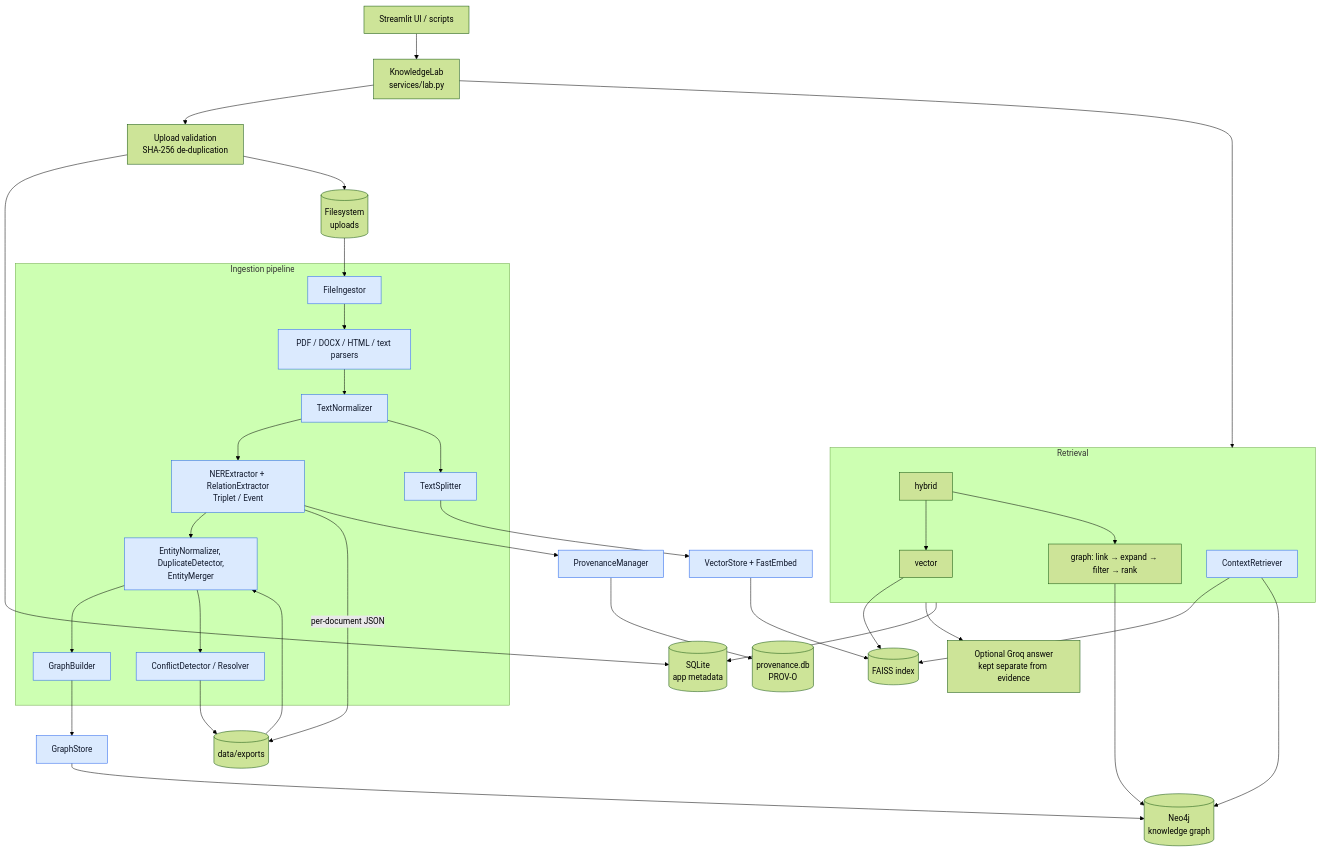
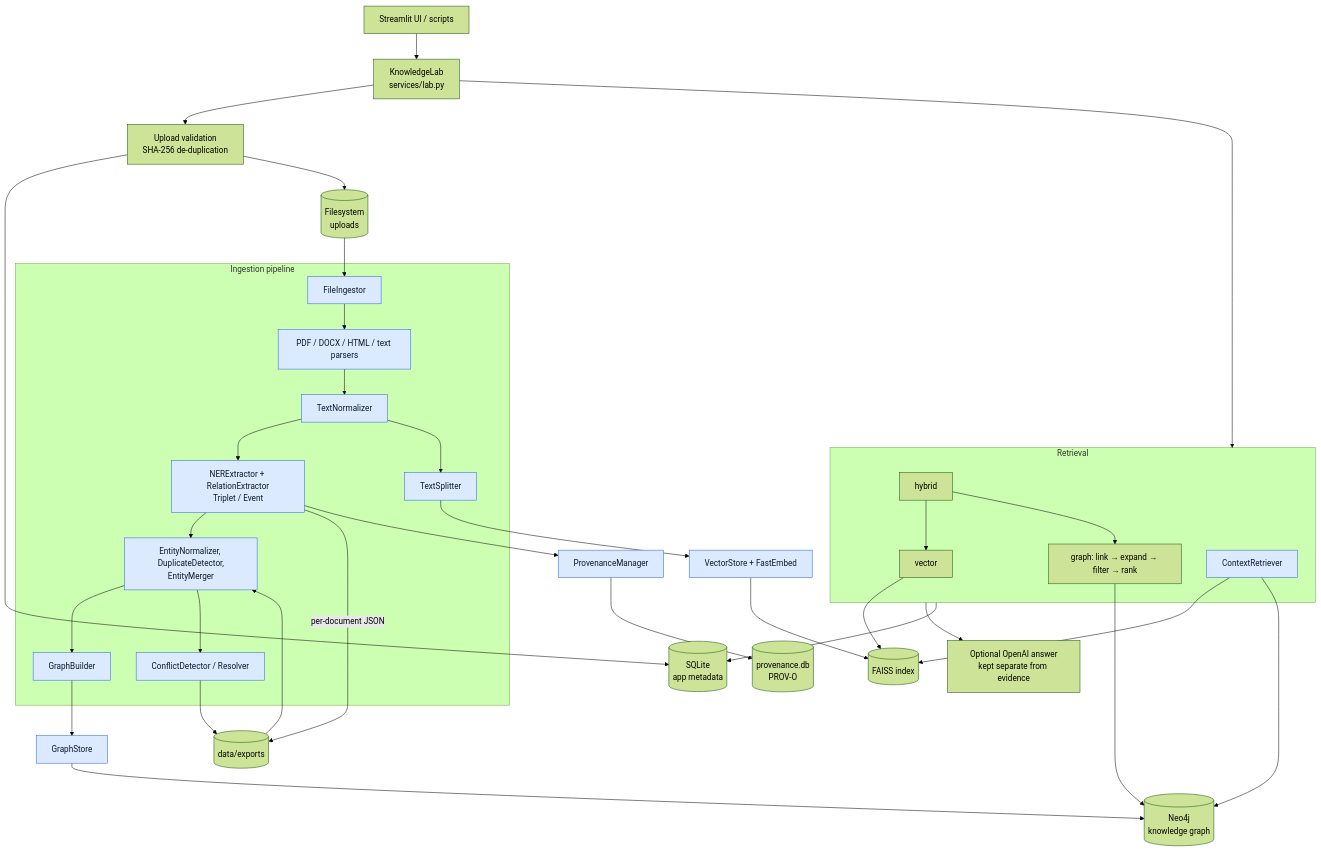
The diagram in docs/architecture.md (Yousefabdelsalam/Graph-Native-Semantic-Infrastructure), drawn with Mermaid (forest theme) before and after one commit. The commit also changed other lines of this file and 45 other files, not shown here.

````diff
--- a/docs/architecture.md
+++ b/docs/architecture.md
@@ -5,44 +5,44 @@
 ```mermaid
 flowchart TD
     U[Streamlit UI / scripts] --> L[KnowledgeLab<br/>services/lab.py]
     L --> V[Upload validation<br/>SHA-256 de-duplication]
     V --> SQL[(SQLite<br/>app metadata)]
     V --> FS[(Filesystem<br/>uploads)]
 
     subgraph ingest [Ingestion pipeline]
         I[FileIngestor]:::sem --> P[PDF / DOCX / HTML / text parsers]:::sem
         P --> N[TextNormalizer]:::sem
         N --> E[NERExtractor + RelationExtractor<br/>Triplet / Event]:::sem
         N --> S[TextSplitter]:::sem
         E --> R[EntityNormalizer, DuplicateDetector,<br/>EntityMerger]:::sem
         R --> G[GraphBuilder]:::sem
         R --> C[ConflictDetector / Resolver]:::sem
     end
 
     FS --> I
     E -->|per-document JSON| ART[(data/exports)]
     ART --> R
     G --> GS[GraphStore]:::sem --> NEO[(Neo4j<br/>knowledge graph)]
     S --> VS[VectorStore + FastEmbed]:::sem --> FAISS[(FAISS index)]
     E --> PM[ProvenanceManager]:::sem --> PDB[(provenance.db<br/>PROV-O)]
     C --> ART
 
     subgraph query [Retrieval]
         Q1[vector]
         Q2[graph: link → expand → filter → rank]
         Q3[hybrid]
         Q4[ContextRetriever]:::sem
     end
 
     L --> query
     Q1 --> FAISS
     Q2 --> NEO
     Q3 --> Q1
     Q3 --> Q2
     Q4 --> FAISS
     Q4 --> NEO
-    query --> A[Optional Groq answer<br/>kept separate from evidence]
+    query --> A[Optional OpenAI answer<br/>kept separate from evidence]
     query --> SQL
 
     classDef sem fill:#dbeafe,stroke:#2563eb,color:#0f172a
 ```
````
